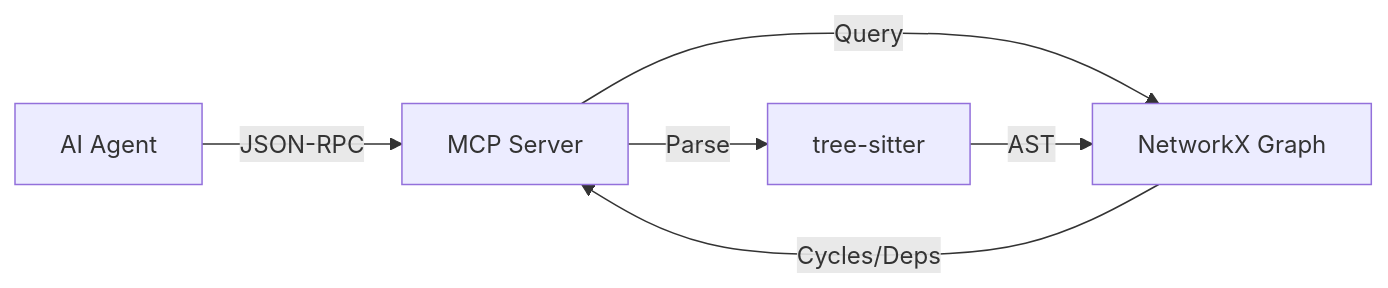
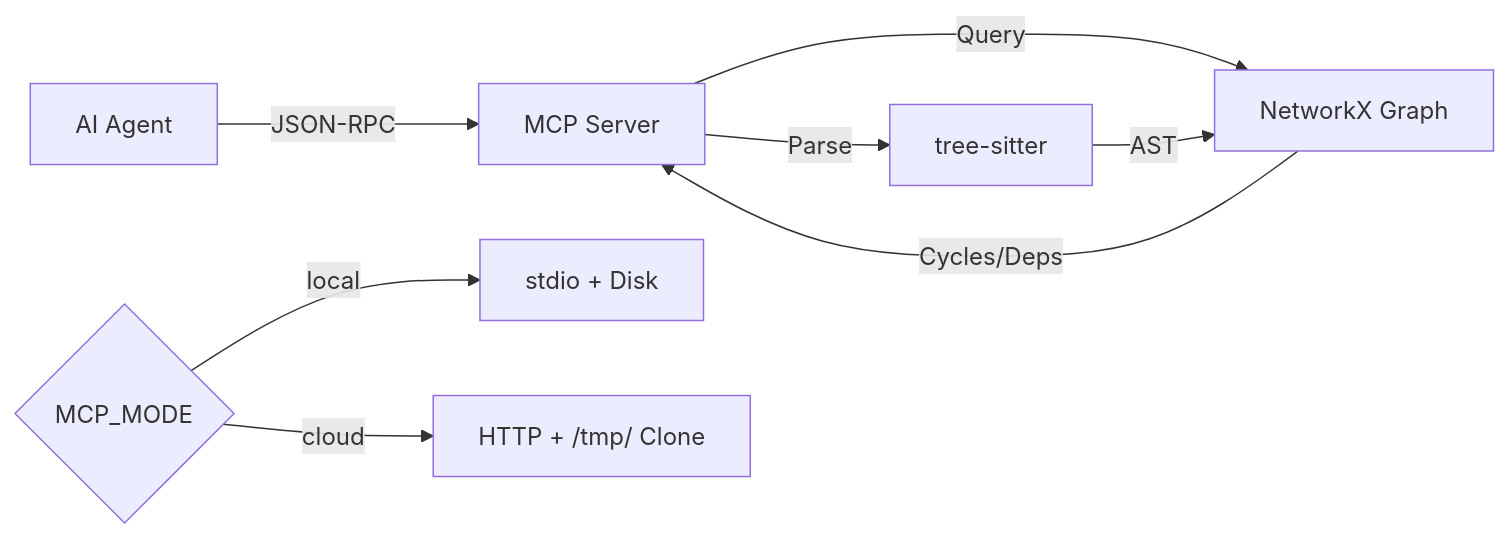
The diagram in README.md (RohitYadav34980/LegacyGraph-MCP), drawn with Mermaid before and after one commit. The commit also changed other lines of this file and 7 other files, not shown here.

Commit message:
feat: Introduce C++ dependency graph analysis server with API endpoints and cloud deployment support.

````diff
--- a/README.md
+++ b/README.md
@@ -100,8 +113,10 @@
 ```mermaid
 graph LR
     A[AI Agent] -->|JSON-RPC| B[MCP Server]
     B -->|Parse| C[tree-sitter]
     B -->|Query| D[NetworkX Graph]
     C -->|AST| D
     D -->|Cycles/Deps| B
+    E{MCP_MODE} -->|local| F[stdio + Disk]
+    E -->|cloud| G[HTTP + /tmp/ Clone]
 ```
````
